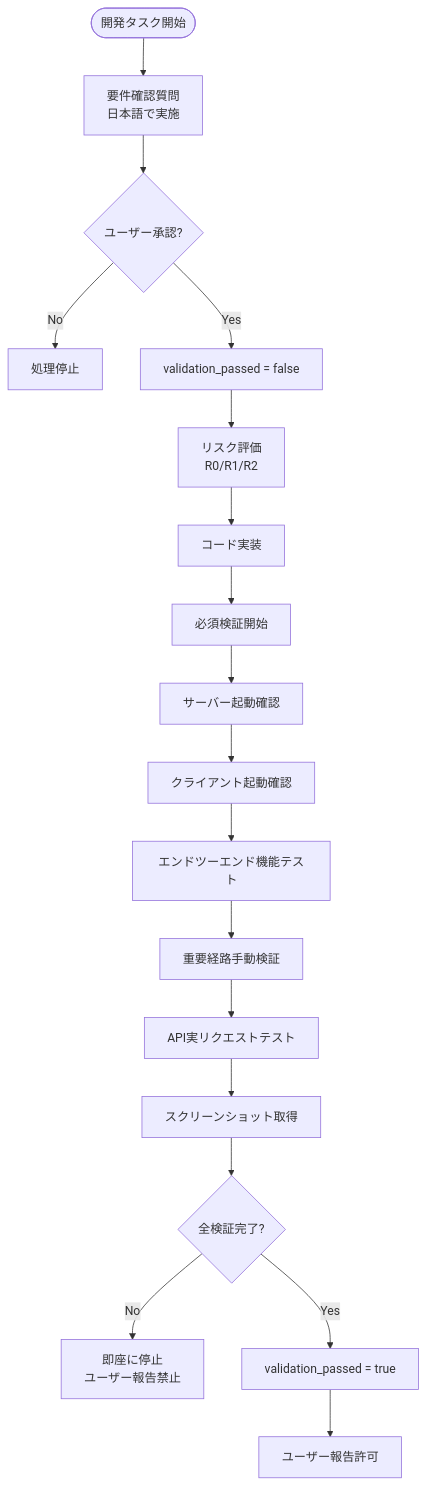
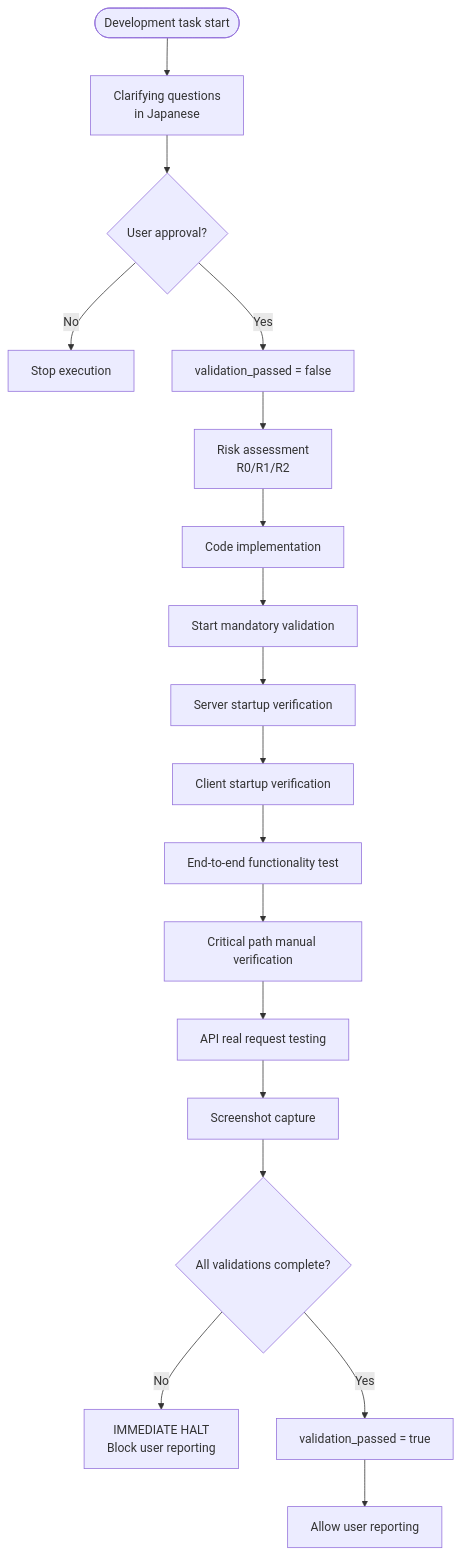
Before and after one commit to reivosar/claude-code-engineering-guide: the second of 6 diagrams in dsl/FLOW.md, drawn with Mermaid. The commit also changed other lines of this file and 1 other file, not shown here.

First line of the commit message:
UPDATE: Convert FLOW.md to English and add link from README

````diff
--- a/dsl/FLOW.md
+++ b/dsl/FLOW.md
@@ -30,23 +30,23 @@
 ```mermaid
 graph TD
-    DevStart([開発タスク開始]) --> Questions[要件確認質問<br/>日本語で実施]
-    Questions --> UserConfirm{ユーザー承認?}
-    UserConfirm -->|No| Stop[処理停止]
+    DevStart([Development task start]) --> Questions[Clarifying questions<br/>in Japanese]
+    Questions --> UserConfirm{User approval?}
+    UserConfirm -->|No| Stop[Stop execution]
     UserConfirm -->|Yes| SetVar[validation_passed = false]
     
-    SetVar --> RiskAssess[リスク評価<br/>R0/R1/R2]
-    RiskAssess --> Implement[コード実装]
-    Implement --> MandatoryValidation[必須検証開始]
+    SetVar --> RiskAssess[Risk assessment<br/>R0/R1/R2]
+    RiskAssess --> Implement[Code implementation]
+    Implement --> MandatoryValidation[Start mandatory validation]
     
-    MandatoryValidation --> ServerTest[サーバー起動確認]
-    ServerTest --> ClientTest[クライアント起動確認]
-    ClientTest --> E2ETest[エンドツーエンド機能テスト]
-    E2ETest --> ManualTest[重要経路手動検証]
-    ManualTest --> APITest[API実リクエストテスト]
-    APITest --> Screenshot[スクリーンショット取得]
+    MandatoryValidation --> ServerTest[Server startup verification]
+    ServerTest --> ClientTest[Client startup verification]
+    ClientTest --> E2ETest[End-to-end functionality test]
+    E2ETest --> ManualTest[Critical path manual verification]
+    ManualTest --> APITest[API real request testing]
+    APITest --> Screenshot[Screenshot capture]
     
-    Screenshot --> AllValidated{全検証完了?}
-    AllValidated -->|No| HaltDev[即座に停止<br/>ユーザー報告禁止]
+    Screenshot --> AllValidated{All validations complete?}
+    AllValidated -->|No| HaltDev[IMMEDIATE HALT<br/>Block user reporting]
     AllValidated -->|Yes| SetTrue[validation_passed = true]
-    SetTrue --> ReportOK[ユーザー報告許可]
+    SetTrue --> ReportOK[Allow user reporting]
 ```
````
